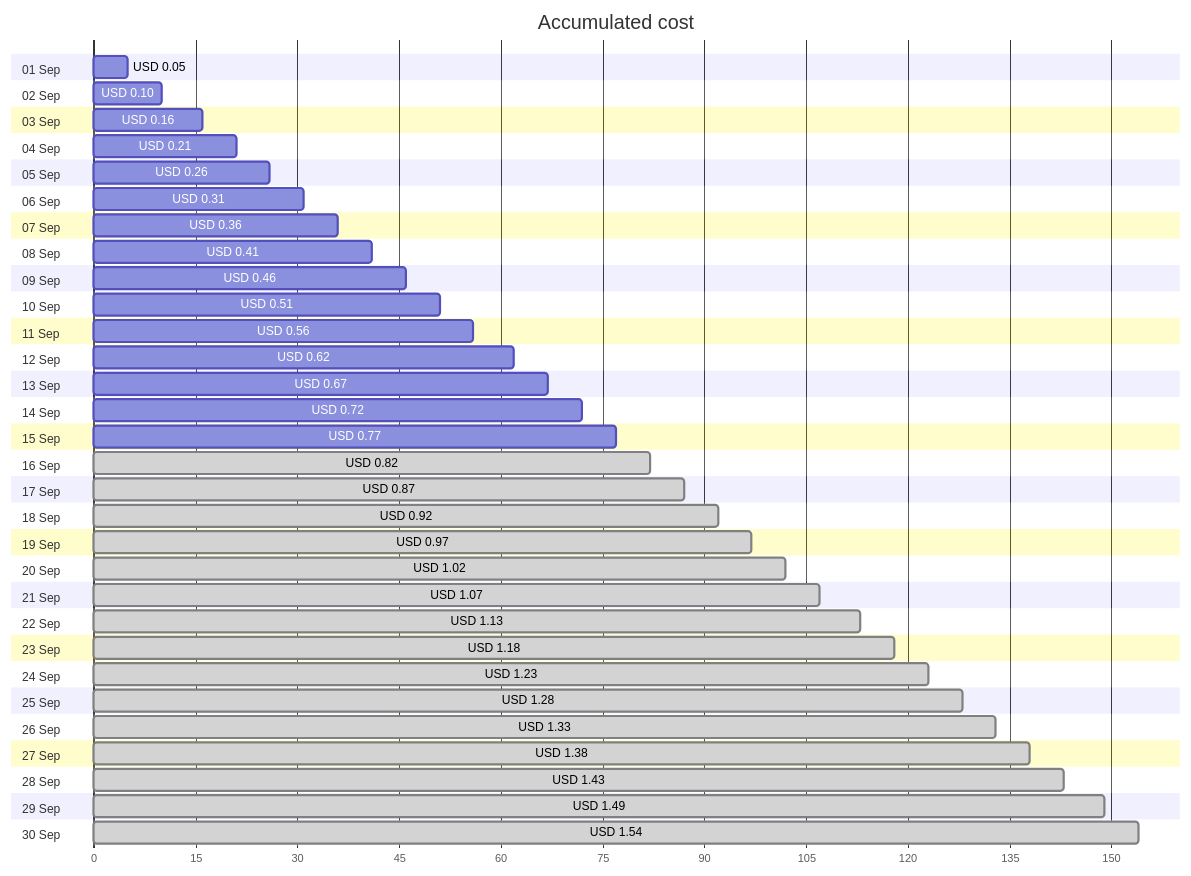
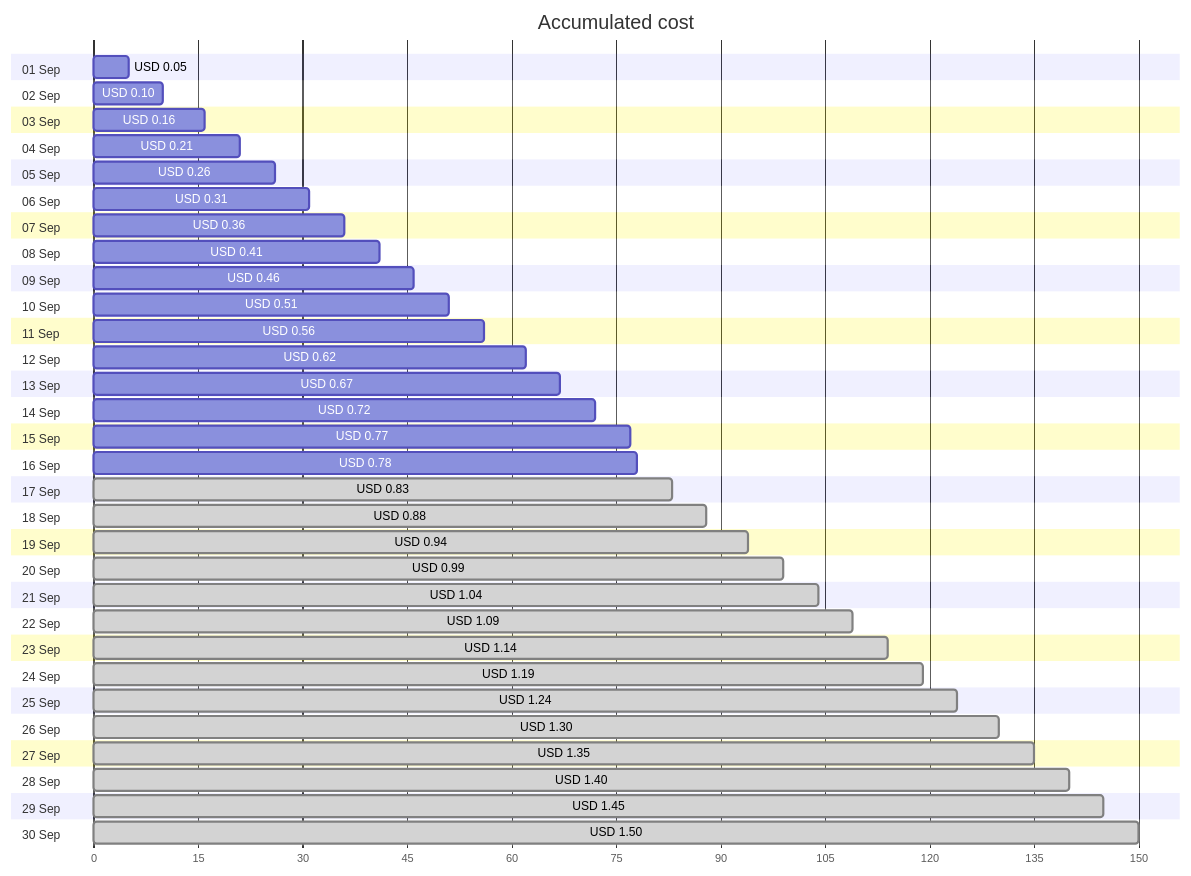
Before and after one commit to jpfulton/azure-personal-reports: the first of 4 diagrams in cost-reports/personal-network/linux-dev_OsDisk.md, drawn with Mermaid. The commit also changed other lines of this file and 16 other files, not shown here.

````diff
--- a/cost-reports/personal-network/linux-dev_OsDisk.md
+++ b/cost-reports/personal-network/linux-dev_OsDisk.md
@@ -20,66 +20,66 @@
 ```mermaid
 gantt
    title Accumulated cost
    dateFormat  X
    axisFormat %s
    section 01 Sep
    USD 0.05 :0, 5
    section 02 Sep
    USD 0.10 :0, 10
    section 03 Sep
    USD 0.16 :0, 16
    section 04 Sep
    USD 0.21 :0, 21
    section 05 Sep
    USD 0.26 :0, 26
    section 06 Sep
    USD 0.31 :0, 31
    section 07 Sep
    USD 0.36 :0, 36
    section 08 Sep
    USD 0.41 :0, 41
    section 09 Sep
    USD 0.46 :0, 46
    section 10 Sep
    USD 0.51 :0, 51
    section 11 Sep
    USD 0.56 :0, 56
    section 12 Sep
    USD 0.62 :0, 62
    section 13 Sep
    USD 0.67 :0, 67
    section 14 Sep
    USD 0.72 :0, 72
    section 15 Sep
    USD 0.77 :0, 77
    section 16 Sep
-   USD 0.82 : done, 0, 82
+   USD 0.78 :0, 78
    section 17 Sep
-   USD 0.87 : done, 0, 87
+   USD 0.83 : done, 0, 83
    section 18 Sep
-   USD 0.92 : done, 0, 92
+   USD 0.88 : done, 0, 88
    section 19 Sep
-   USD 0.97 : done, 0, 97
+   USD 0.94 : done, 0, 94
    section 20 Sep
-   USD 1.02 : done, 0, 102
+   USD 0.99 : done, 0, 99
    section 21 Sep
-   USD 1.07 : done, 0, 107
+   USD 1.04 : done, 0, 104
    section 22 Sep
-   USD 1.13 : done, 0, 113
+   USD 1.09 : done, 0, 109
    section 23 Sep
-   USD 1.18 : done, 0, 118
+   USD 1.14 : done, 0, 114
    section 24 Sep
-   USD 1.23 : done, 0, 123
+   USD 1.19 : done, 0, 119
    section 25 Sep
-   USD 1.28 : done, 0, 128
+   USD 1.24 : done, 0, 124
    section 26 Sep
-   USD 1.33 : done, 0, 133
+   USD 1.30 : done, 0, 130
    section 27 Sep
-   USD 1.38 : done, 0, 138
+   USD 1.35 : done, 0, 135
    section 28 Sep
-   USD 1.43 : done, 0, 143
+   USD 1.40 : done, 0, 140
    section 29 Sep
-   USD 1.49 : done, 0, 149
+   USD 1.45 : done, 0, 145
    section 30 Sep
-   USD 1.54 : done, 0, 154
+   USD 1.50 : done, 0, 150
 ```
````
